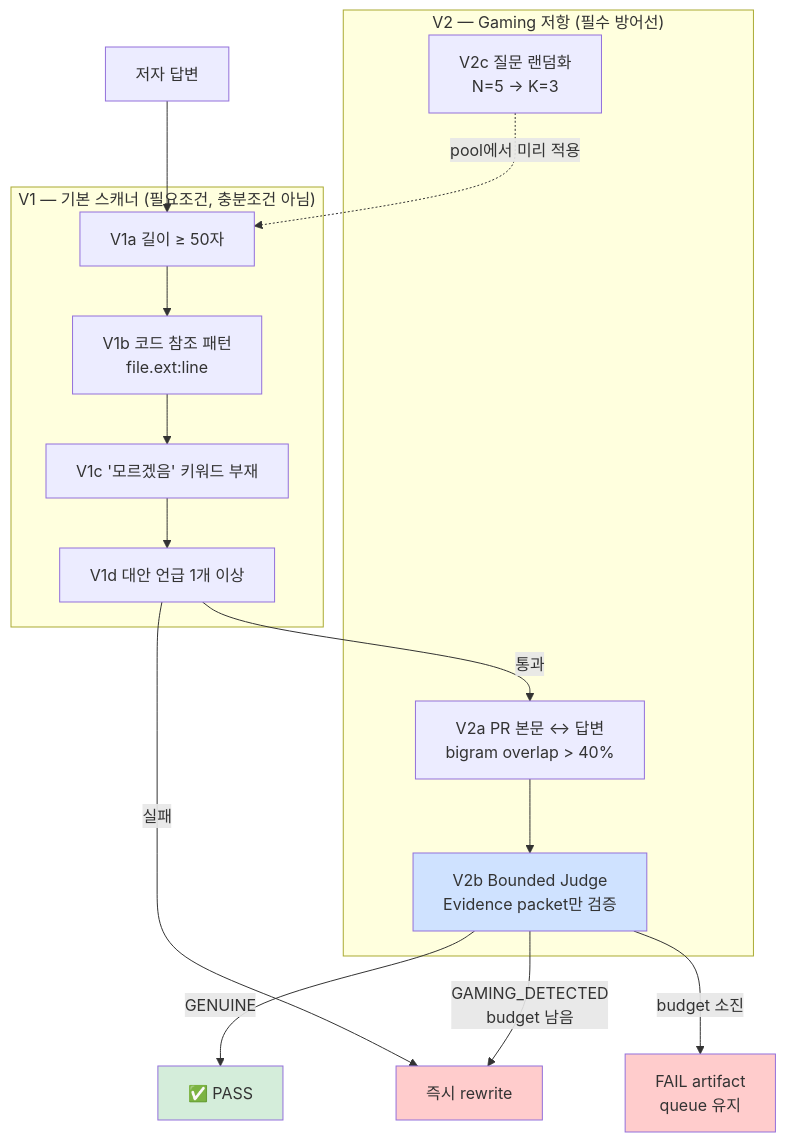
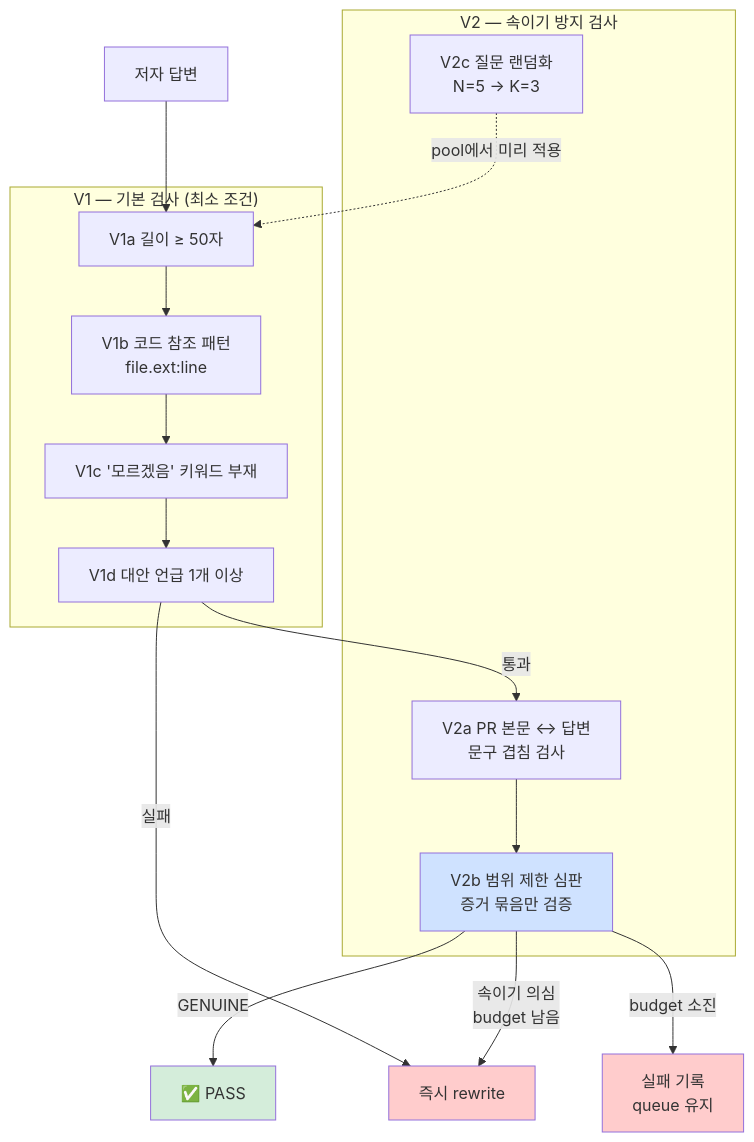
One commit to Jimmy-Jung/ai-symbiote changed the fifth of 12 diagrams in docs/09-검증-레이어-동작원리.md. Above: the diagram before and after it, drawn with Mermaid. The commit also changed other lines of this file, not shown here.

````diff
--- a/docs/09-검증-레이어-동작원리.md
+++ b/docs/09-검증-레이어-동작원리.md
@@ -144,30 +167,30 @@
 ```mermaid
 flowchart TB
-    subgraph V1["V1 — 기본 스캐너 (필요조건, 충분조건 아님)"]
+    subgraph V1["V1 — 기본 검사 (최소 조건)"]
         V1a["V1a 길이 ≥ 50자"]
         V1b["V1b 코드 참조 패턴<br/>file.ext:line"]
         V1c["V1c '모르겠음' 키워드 부재"]
         V1d["V1d 대안 언급 1개 이상"]
     end
 
-    subgraph V2["V2 — Gaming 저항 (필수 방어선)"]
-        V2a["V2a PR 본문 ↔ 답변<br/>bigram overlap &gt; 40%"]
-        V2b["V2b Bounded Judge<br/>Evidence packet만 검증"]
+    subgraph V2["V2 — 속이기 방지 검사"]
+        V2a["V2a PR 본문 ↔ 답변<br/>문구 겹침 검사"]
+        V2b["V2b 범위 제한 심판<br/>증거 묶음만 검증"]
         V2c["V2c 질문 랜덤화<br/>N=5 → K=3"]
     end
 
     Answer["저자 답변"] --> V1a
     V1a --> V1b --> V1c --> V1d
     V1d -->|통과| V2a
     V1d -->|실패| Rewrite["즉시 rewrite"]
     V2a --> V2b
     V2b -->|GENUINE| Pass["✅ PASS"]
-    V2b -->|GAMING_DETECTED<br/>budget 남음| Rewrite
-    V2b -->|budget 소진| Fail["FAIL artifact<br/>queue 유지"]
+    V2b -->|속이기 의심<br/>budget 남음| Rewrite
+    V2b -->|budget 소진| Fail["실패 기록<br/>queue 유지"]
     V2c -.pool에서 미리 적용.-> V1a
 
     style Pass fill:#d4edda
     style Rewrite fill:#ffcccc
     style V2b fill:#cfe2ff
     style Fail fill:#ffcccc
 ```
````
